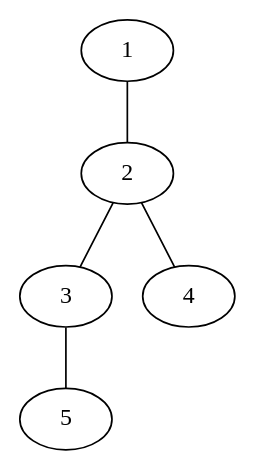
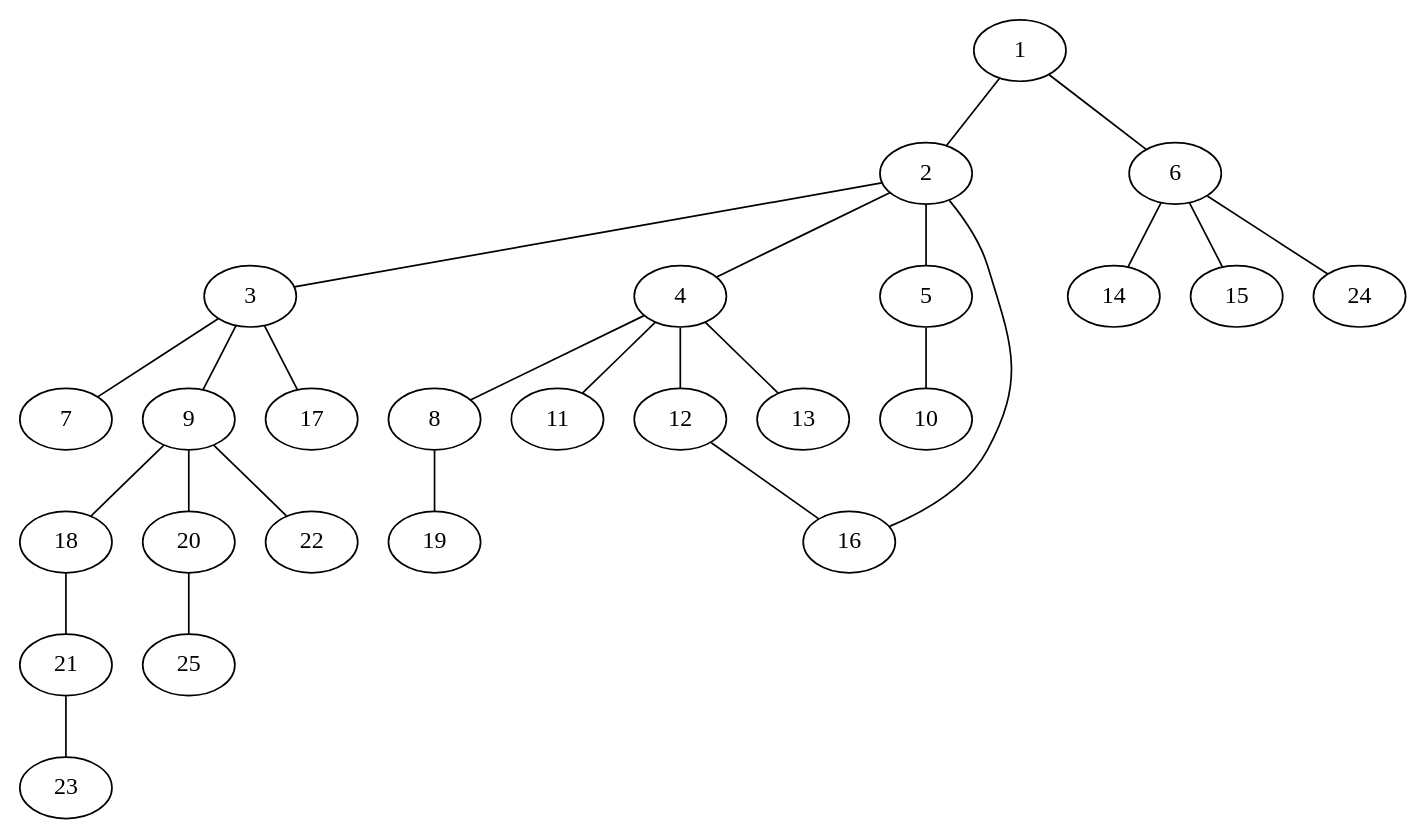
One commit to dkadio/AvA changed the diagram in abgabe_ueb2/graph1.gv. Above: the diagram before and after it, drawn with Graphviz. The commit also changed 5 other files, not shown here.

```diff
--- a/abgabe_ueb2/graph1.gv
+++ b/abgabe_ueb2/graph1.gv
@@ -1,6 +1,27 @@
 graph G {
 1 -- 2;
 2 -- 3;
 2 -- 4;
-3 -- 5;
+2 -- 5;
+1 -- 6;
+3 -- 7;
+4 -- 8;
+3 -- 9;
+5 -- 10;
+4 -- 11;
+4 -- 12;
+4 -- 13;
+6 -- 14;
+6 -- 15;
+12 -- 16;
+3 -- 17;
+9 -- 18;
+8 -- 19;
+9 -- 20;
+18 -- 21;
+9 -- 22;
+21 -- 23;
+6 -- 24;
+20 -- 25;
+2 -- 16;
 }
```
